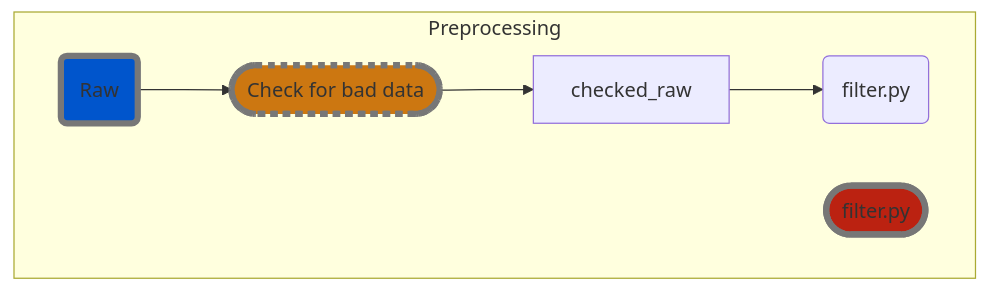
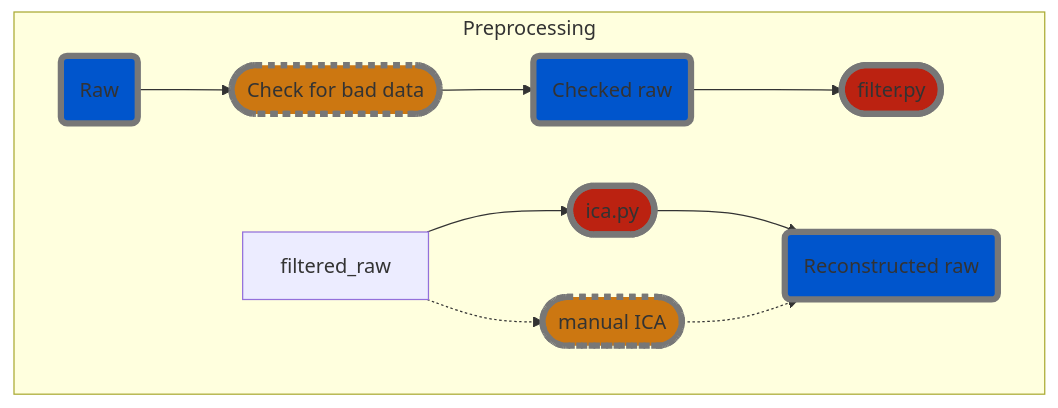
One commit to hiroyoshi-yamasaki/MNE-MVPA changed the diagram in README.md. Above: the diagram before and after it, drawn with Mermaid. The commit also changed other lines of this file, not shown here.

Commit message:
mermaid not working on github

````diff
--- a/README.md
+++ b/README.md
@@ -4,26 +5,31 @@
 ```mermaid
 graph TD
     %% Processes
     classDef automatic_process fill: #b21, stroke-width: 5px, stroke: #777
     classDef manual_process fill: #c71, stroke-width: 5px, stroke: #777, stroke-dasharray: 5, 5;
     
     %% Data
     classDef mne_data fill: #05c, stroke-width: 5px, stroke: #777
     classDef event_data fill: #260, stroke-width: 5px, stroke: #777
     classDef other_data fill: #55c, stroke-width: 5px, stroke: #777
 
     %% Preprocessing MEG data
     subgraph "Preprocessing"
     
         %% Manual check for bad channels, artefacts etc.
         raw_data("Raw"):::mne_data --> check_raw(["Check for bad data"]):::manual_process;
-        check_raw --> checked_raw;%%["Checked raw"]:::mne_data;
+        check_raw --> checked_raw("Checked raw"):::mne_data;
     
-        checked_raw --> filter("filter.py"); %%(["filter.py"]):::automatic_process;
+        checked_raw --> filter(["filter.py"]):::automatic_process;
         %%filter --> filtered_raw("Filtered raw"):::mne_data;
         
+        %% Artefact removal with ICA
+        filtered_raw --> ica(["ica.py"]):::automatic_process;
+        ica --> recon_raw("Reconstructed raw"):::mne_data;
+        filtered_raw -.-> man_ica(["manual ICA"]):::manual_process;
+        man_ica -.-> recon_raw;
         
         
     end
     
 ```
````
